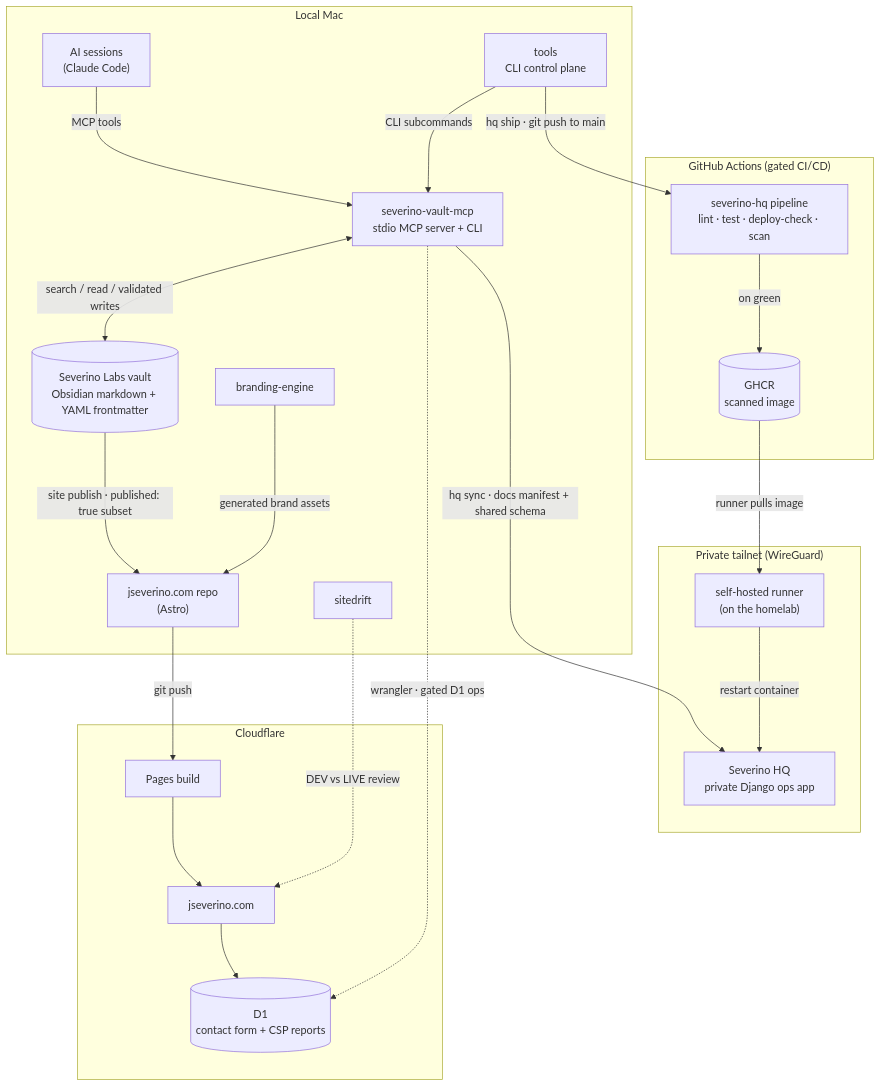
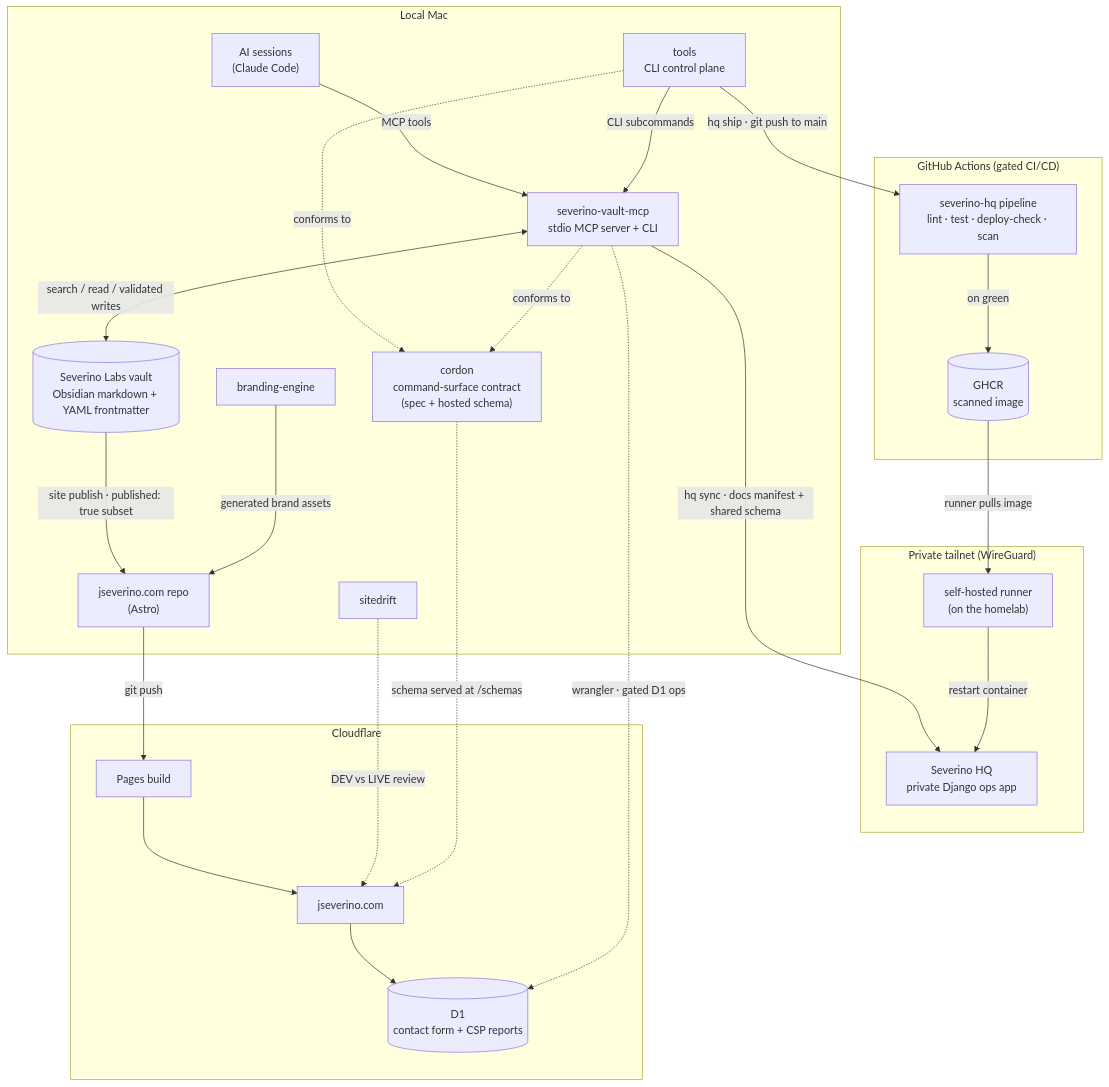
Before and after one commit to joeseverino/joeseverino: the diagram in diagrams/architecture.mmd, drawn with Mermaid. The commit also changed 2 other files, not shown here.

Commit message:
docs: add cordon (the command-surface contract) to the architecture (#3)
The describe contract the tools CLI and MCP both emit is now its own
language-agnostic spec. Adds a cordon node + 'conforms to' edges to the system
map (re-rendered), a dedicated Pieces subsection, and folds it into the tools
section, the map alt text, and the command-surface-drift honesty bullet.

```diff
--- a/diagrams/architecture.mmd
+++ b/diagrams/architecture.mmd
@@ -1,43 +1,47 @@
 %%{init: {'flowchart': {'rankSpacing': 80, 'nodeSpacing': 55}}}%%
 flowchart TB
     subgraph mac["Local Mac"]
         vault[("Severino Labs vault<br/>Obsidian markdown + YAML frontmatter")]
         mcp["severino-vault-mcp<br/>stdio MCP server + CLI"]
         ai["AI sessions<br/>(Claude Code)"]
         tools["tools<br/>CLI control plane"]
+        cordon["cordon<br/>command-surface contract<br/>(spec + hosted schema)"]
         siterepo["jseverino.com repo<br/>(Astro)"]
         brand["branding-engine"]
         drift["sitedrift"]
     end
 
     subgraph gh["GitHub Actions (gated CI/CD)"]
         ci["severino-hq pipeline<br/>lint · test · deploy-check · scan"]
         ghcr[("GHCR<br/>scanned image")]
     end
 
     subgraph tailnet["Private tailnet (WireGuard)"]
         runner["self-hosted runner<br/>(on the homelab)"]
         hq["Severino HQ<br/>private Django ops app"]
     end
 
     subgraph cf["Cloudflare"]
         pages["Pages build"]
         site["jseverino.com"]
         d1[("D1<br/>contact form + CSP reports")]
     end
 
     ai -->|"MCP tools"| mcp
     tools -->|"CLI subcommands"| mcp
     mcp <-->|"search / read / validated writes"| vault
     mcp -->|"hq sync · docs manifest + shared schema"| hq
     tools -->|"hq ship · git push to main"| ci
     ci -->|"on green"| ghcr
     ghcr -->|"runner pulls image"| runner
     runner -->|"restart container"| hq
     vault -->|"site publish · published: true subset"| siterepo
     brand -->|"generated brand assets"| siterepo
     siterepo -->|"git push"| pages
     pages --> site
     site --> d1
     mcp -.->|"wrangler · gated D1 ops"| d1
     drift -.->|"DEV vs LIVE review"| site
+    tools -.->|"conforms to"| cordon
+    mcp -.->|"conforms to"| cordon
+    cordon -.->|"schema served at /schemas"| site
```
